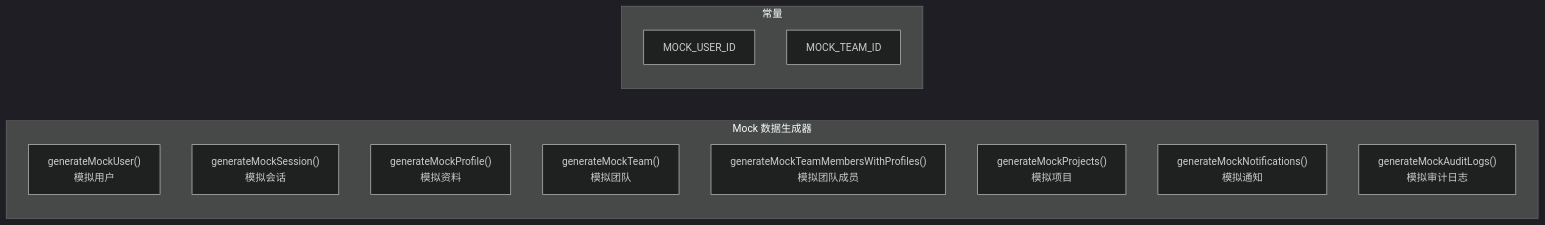
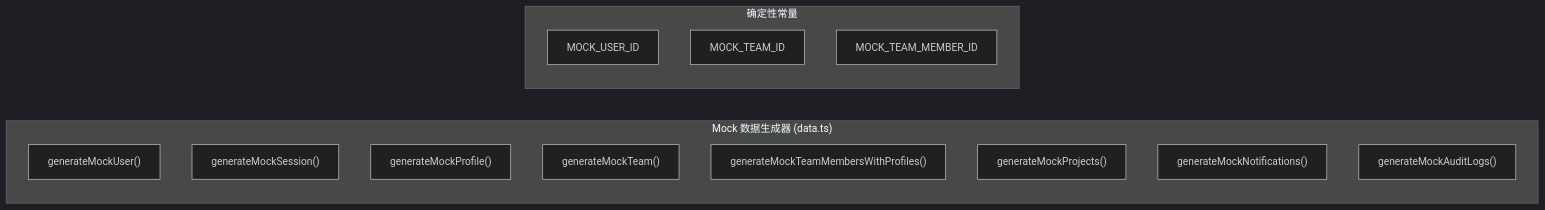
One commit to Sun1090/IndieStack changed the second of 4 diagrams in docs/architecture/13-mock-system.md. Above: the diagram before and after it, drawn with Mermaid (dark theme). The commit also changed other lines of this file and 14 other files, not shown here.

````diff
--- a/docs/architecture/13-mock-system.md
+++ b/docs/architecture/13-mock-system.md
@@ -51,18 +60,19 @@
 ```mermaid
 graph LR
-    subgraph MockDataGen["Mock 数据生成器"]
-        User["generateMockUser()<br/>模拟用户"]
-        Session["generateMockSession()<br/>模拟会话"]
-        Profile["generateMockProfile()<br/>模拟资料"]
-        Team["generateMockTeam()<br/>模拟团队"]
-        Members["generateMockTeamMembersWithProfiles()<br/>模拟团队成员"]
-        Projects["generateMockProjects()<br/>模拟项目"]
-        Notifications["generateMockNotifications()<br/>模拟通知"]
-        AuditLogs["generateMockAuditLogs()<br/>模拟审计日志"]
+    subgraph MockDataGen["Mock 数据生成器 (data.ts)"]
+        User["generateMockUser()"]
+        Session["generateMockSession()"]
+        Profile["generateMockProfile()"]
+        Team["generateMockTeam()"]
+        Members["generateMockTeamMembersWithProfiles()"]
+        Projects["generateMockProjects()"]
+        Notifications["generateMockNotifications()"]
+        AuditLogs["generateMockAuditLogs()"]
     end
 
-    subgraph Constants["常量"]
+    subgraph Constants["确定性常量"]
         MockUserID["MOCK_USER_ID"]
         MockTeamID["MOCK_TEAM_ID"]
+        MockMemberID["MOCK_TEAM_MEMBER_ID"]
     end
 ```
````
